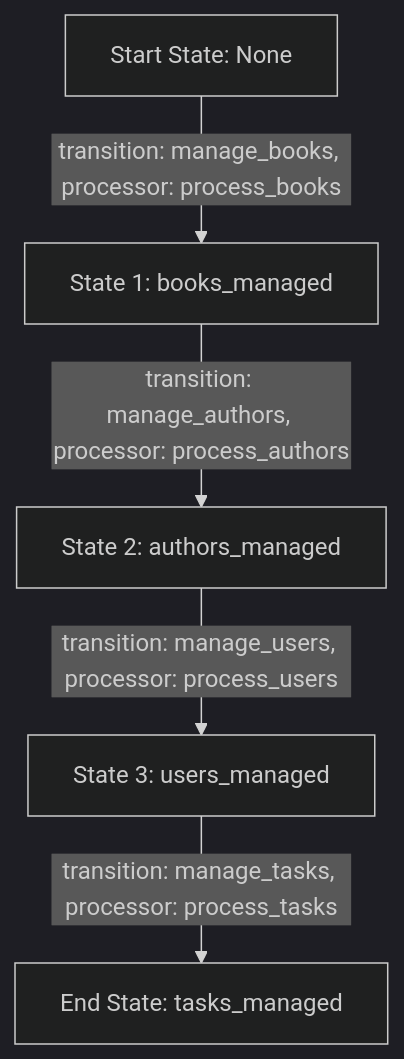
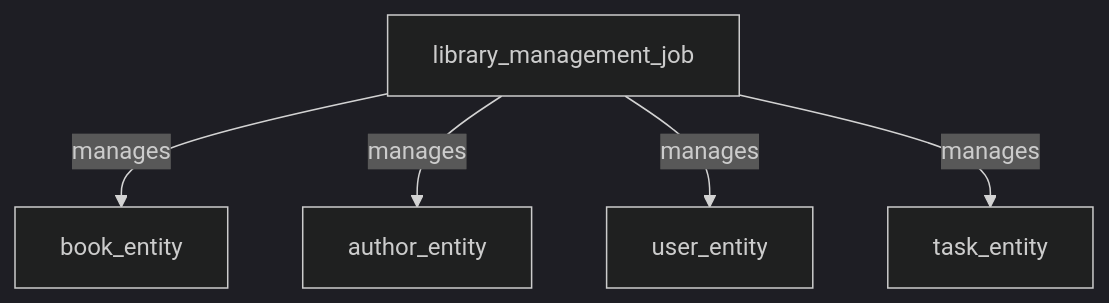
The first of 2 diagrams in entity/app_design_prd.md (Cyoda-platform/quart-client-template), drawn with Mermaid (dark theme) before and after one commit. The commit also changed other lines of this file, not shown here.

````diff
--- a/entity/app_design_prd.md
+++ b/entity/app_design_prd.md
@@ -45,9 +65,8 @@
 ```mermaid
-flowchart TD
-    A[Start State: None] -->|transition: manage_books, processor: process_books| B[State 1: books_managed]
-    B -->|transition: manage_authors, processor: process_authors| C[State 2: authors_managed]
-    C -->|transition: manage_users, processor: process_users| D[State 3: users_managed]
-    D -->|transition: manage_tasks, processor: process_tasks| E[End State: tasks_managed]
-
-    class A,B,C,D automated;
+graph TD;
+    A[library_management_job]
+    A -->|manages| B[book_entity]
+    A -->|manages| C[author_entity]
+    A -->|manages| D[user_entity]
+    A -->|manages| E[task_entity]
 ```
````
